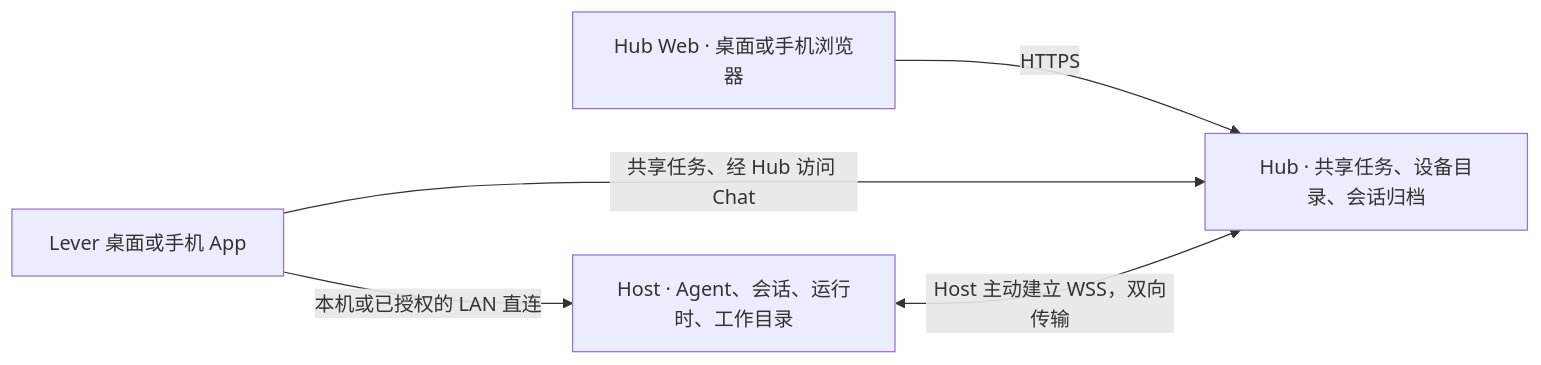
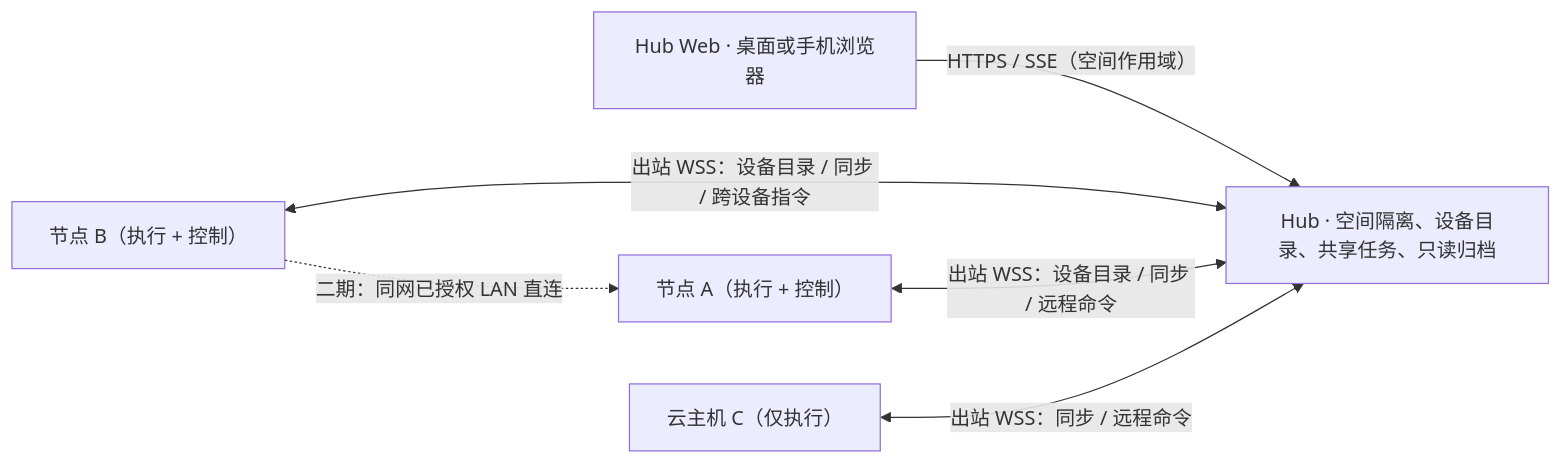
Before and after one commit to alfredxw/lever: the diagram in docs/remote-devices.md, drawn with Mermaid. The commit also changed other lines of this file and 5 other files, not shown here.

````diff
--- a/docs/remote-devices.md
+++ b/docs/remote-devices.md
@@ -79,7 +30,8 @@
 ```mermaid
 flowchart LR
-    Web["Hub Web · 桌面或手机浏览器"] -->|"HTTPS"| Hub["Hub · 共享任务、设备目录、会话归档"]
-    Native["Lever 桌面或手机 App"] -->|"共享任务、经 Hub 访问 Chat"| Hub
-    Native -->|"本机或已授权的 LAN 直连"| Host["Host · Agent、会话、运行时、工作目录"]
-    Host <-->|"Host 主动建立 WSS，双向传输"| Hub
+    Web["Hub Web · 桌面或手机浏览器"] -->|"HTTPS / SSE（空间作用域）"| Hub["Hub · 空间隔离、设备目录、共享任务、只读归档"]
+    NodeB["节点 B（执行 + 控制）"] <-->|"出站 WSS：设备目录 / 同步 / 跨设备指令"| Hub
+    NodeA["节点 A（执行 + 控制）"] <-->|"出站 WSS：设备目录 / 同步 / 远程命令"| Hub
+    Cloud["云主机 C（仅执行）"] <-->|"出站 WSS：同步 / 远程命令"| Hub
+    NodeB -.->|"二期：同网已授权 LAN 直连"| NodeA
 ```
````
